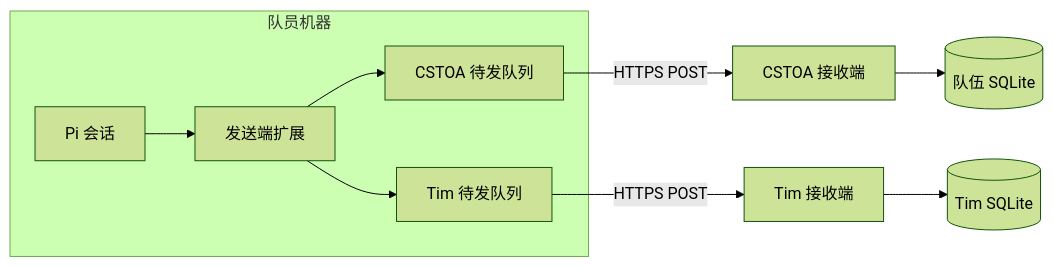
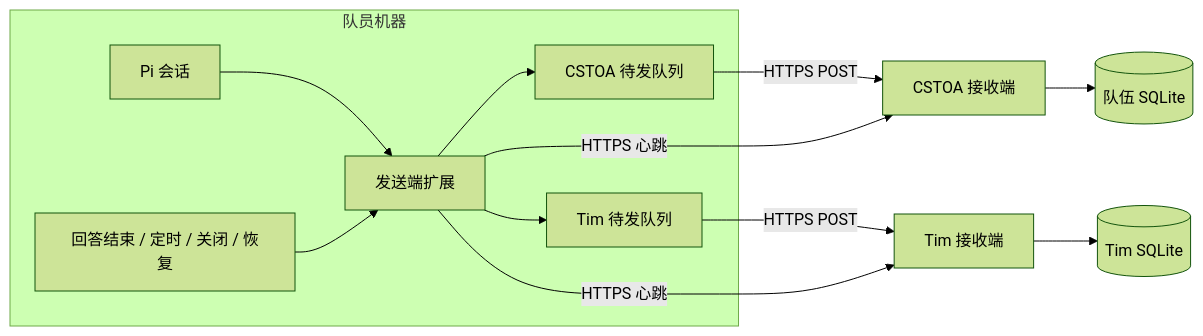
One commit to SCAU-Computer-Serving-Team/cst-pilot changed the diagram in doc/telemetry/architecture.md. Above: the diagram before and after it, drawn with Mermaid (forest theme). The commit also changed other lines of this file and 37 other files, not shown here.

````diff
--- a/doc/telemetry/architecture.md
+++ b/doc/telemetry/architecture.md
@@ -14,12 +14,15 @@
 ```mermaid
 flowchart LR
     subgraph member[队员机器]
         pi[Pi 会话] --> sender[发送端扩展]
+        triggers[回答结束 / 定时 / 关闭 / 恢复] --> sender
         sender --> oaQueue[CSTOA 待发队列]
         sender --> timQueue[Tim 待发队列]
     end
     oaQueue -- HTTPS POST --> oa[CSTOA 接收端]
     timQueue -- HTTPS POST --> tim[Tim 接收端]
+    sender -- HTTPS 心跳 --> oa
+    sender -- HTTPS 心跳 --> tim
     oa --> oaDB[(队伍 SQLite)]
     tim --> timDB[(Tim SQLite)]
 ```
````
